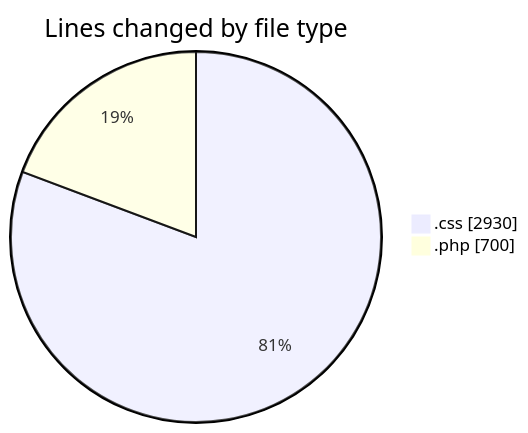
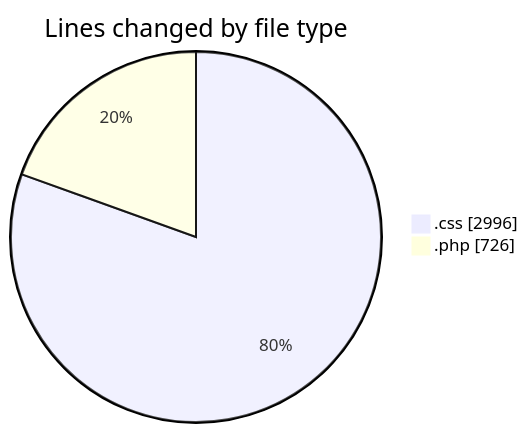
The first of 2 diagrams in 2026-10-13/untitled__workspace_/README.md (debugP/code-tracking), drawn with Mermaid before and after one commit. The commit also changed other lines of this file and 1 other file, not shown here.

````diff
--- a/2026-10-13/untitled__workspace_/README.md
+++ b/2026-10-13/untitled__workspace_/README.md
@@ -21,6 +21,6 @@
 ```mermaid
 pie showData
 title Lines changed by file type
-".css" : 2930
-".php" : 700
+".css" : 2996
+".php" : 726
 ```
````
